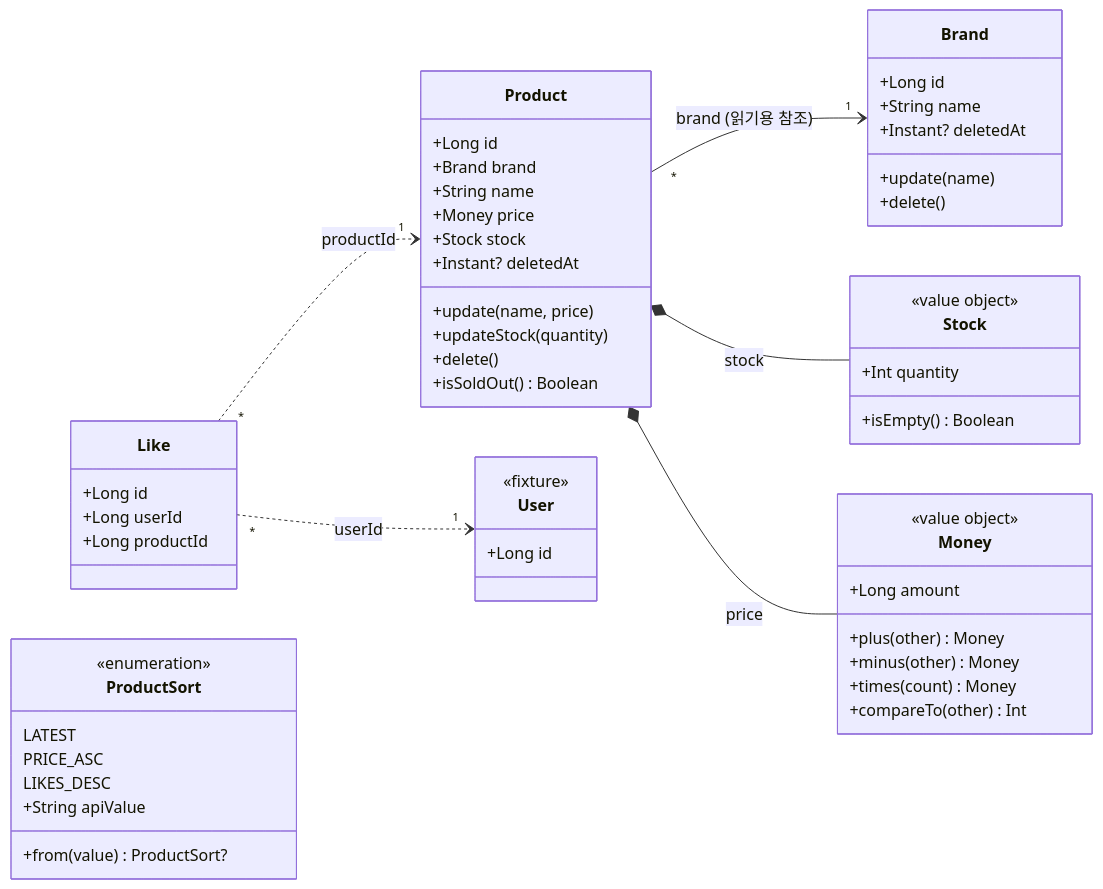
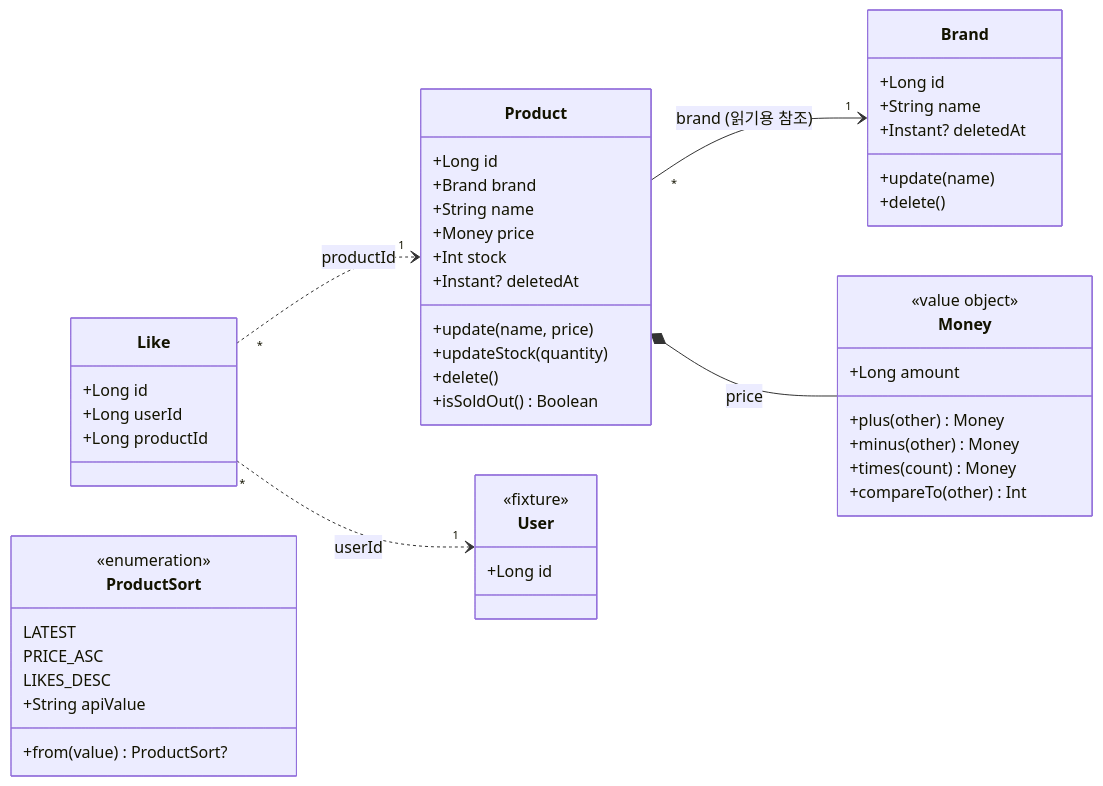
One commit to giwankim/loop-pack-be-l2-vol5-kotlin changed the second of 3 diagrams in docs/design/catalog.md. Above: the diagram before and after it, drawn with Mermaid. The commit also changed other lines of this file and 4 other files, not shown here.

````diff
--- a/docs/design/catalog.md
+++ b/docs/design/catalog.md
@@ -70,66 +70,59 @@
 ```mermaid
 classDiagram
     direction LR
 
     class Brand {
         +Long id
         +String name
         +Instant? deletedAt
         +update(name)
         +delete()
     }
 
     class Product {
         +Long id
         +Brand brand
         +String name
         +Money price
-        +Stock stock
+        +Int stock
         +Instant? deletedAt
         +update(name, price)
         +updateStock(quantity)
         +delete()
         +isSoldOut() Boolean
-    }
-
-    class Stock {
-        <<value object>>
-        +Int quantity
-        +isEmpty() Boolean
     }
 
     class Money {
         <<value object>>
         +Long amount
         +plus(other) Money
         +minus(other) Money
         +times(count) Money
         +compareTo(other) Int
     }
 
     class Like {
         +Long id
         +Long userId
         +Long productId
     }
 
     class User {
         <<fixture>>
         +Long id
     }
 
     class ProductSort {
         <<enumeration>>
         LATEST
         PRICE_ASC
         LIKES_DESC
         +String apiValue
         +from(value) ProductSort?
     }
 
     Product "*" --> "1" Brand : brand (읽기용 참조)
-    Product *-- Stock : stock
     Product *-- Money : price
     Like "*" ..> "1" Product : productId
     Like "*" ..> "1" User : userId
 ```
````
